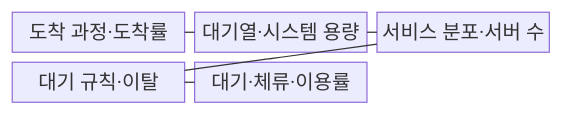
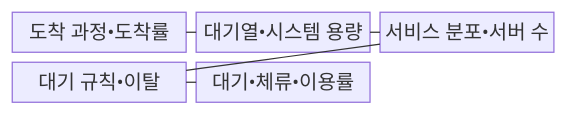
The first of 2 diagrams in src/content/docs/notes/06-evaluation/003_queuing_theory.md (agnusdei1207/knowledge-base), drawn with Mermaid before and after one commit. The commit also changed other lines of this file and 953 other files, not shown here.

````diff
--- a/src/content/docs/notes/06-evaluation/003_queuing_theory.md
+++ b/src/content/docs/notes/06-evaluation/003_queuing_theory.md
@@ -71,13 +71,13 @@
 ```mermaid
 block-beta
   columns 3
-  A["도착 과정·도착률"]
-  Q["대기열·시스템 용량"]
-  S["서비스 분포·서버 수"]
-  D["대기 규칙·이탈"]
-  M["대기·체류·이용률"]
+  A["도착 과정•도착률"]
+  Q["대기열•시스템 용량"]
+  S["서비스 분포•서버 수"]
+  D["대기 규칙•이탈"]
+  M["대기•체류•이용률"]
   A --- Q
   Q --- S
   S --- D
   D --- M
 ```
````
